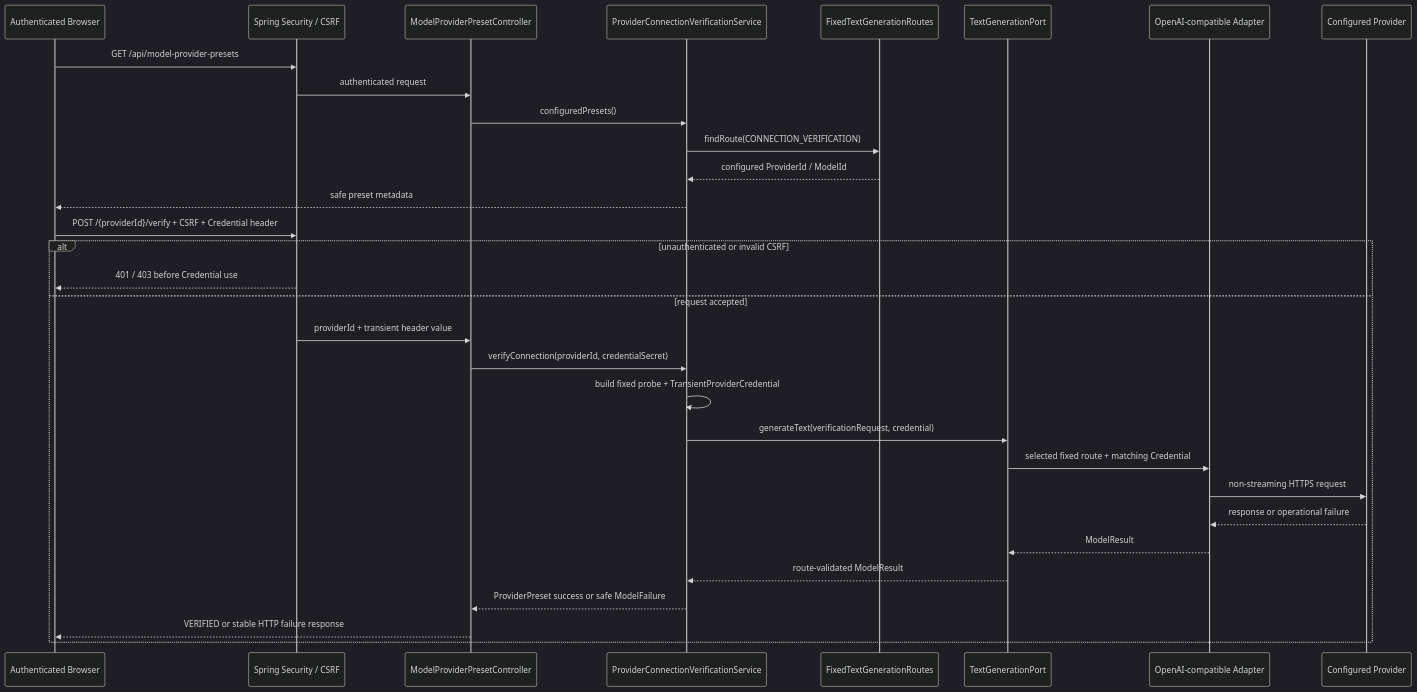
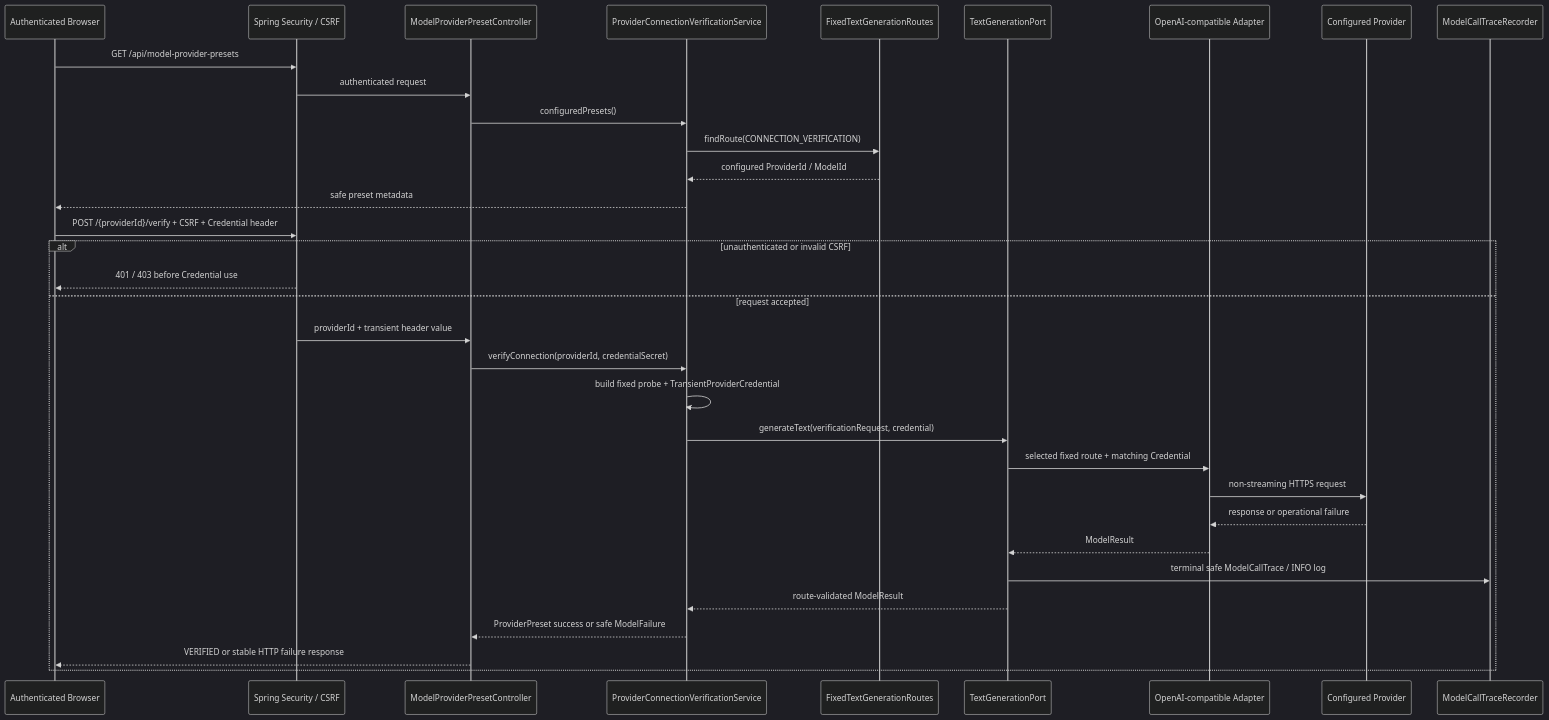
Before and after one commit to AnnnaSun/DailyLanguage: the diagram in docs/flow/model-provider-connection-verification.md, drawn with Mermaid (dark theme). The commit also changed other lines of this file and 13 other files, not shown here.

````diff
--- a/docs/flow/model-provider-connection-verification.md
+++ b/docs/flow/model-provider-connection-verification.md
@@ -22,35 +23,37 @@
 ```mermaid
 sequenceDiagram
     participant Browser as Authenticated Browser
     participant Security as Spring Security / CSRF
     participant Controller as ModelProviderPresetController
     participant Service as ProviderConnectionVerificationService
     participant Routes as FixedTextGenerationRoutes
     participant Port as TextGenerationPort
     participant Adapter as OpenAI-compatible Adapter
     participant Provider as Configured Provider
+    participant Recorder as ModelCallTraceRecorder
 
     Browser->>Security: GET /api/model-provider-presets
     Security->>Controller: authenticated request
     Controller->>Service: configuredPresets()
     Service->>Routes: findRoute(CONNECTION_VERIFICATION)
     Routes-->>Service: configured ProviderId / ModelId
     Service-->>Browser: safe preset metadata
 
     Browser->>Security: POST /{providerId}/verify + CSRF + Credential header
     alt unauthenticated or invalid CSRF
         Security-->>Browser: 401 / 403 before Credential use
     else request accepted
         Security->>Controller: providerId + transient header value
         Controller->>Service: verifyConnection(providerId, credentialSecret)
         Service->>Service: build fixed probe + TransientProviderCredential
         Service->>Port: generateText(verificationRequest, credential)
         Port->>Adapter: selected fixed route + matching Credential
         Adapter->>Provider: non-streaming HTTPS request
         Provider-->>Adapter: response or operational failure
         Adapter-->>Port: ModelResult
+        Port->>Recorder: terminal safe ModelCallTrace / INFO log
         Port-->>Service: route-validated ModelResult
         Service-->>Controller: ProviderPreset success or safe ModelFailure
         Controller-->>Browser: VERIFIED or stable HTTP failure response
     end
 ```
````
